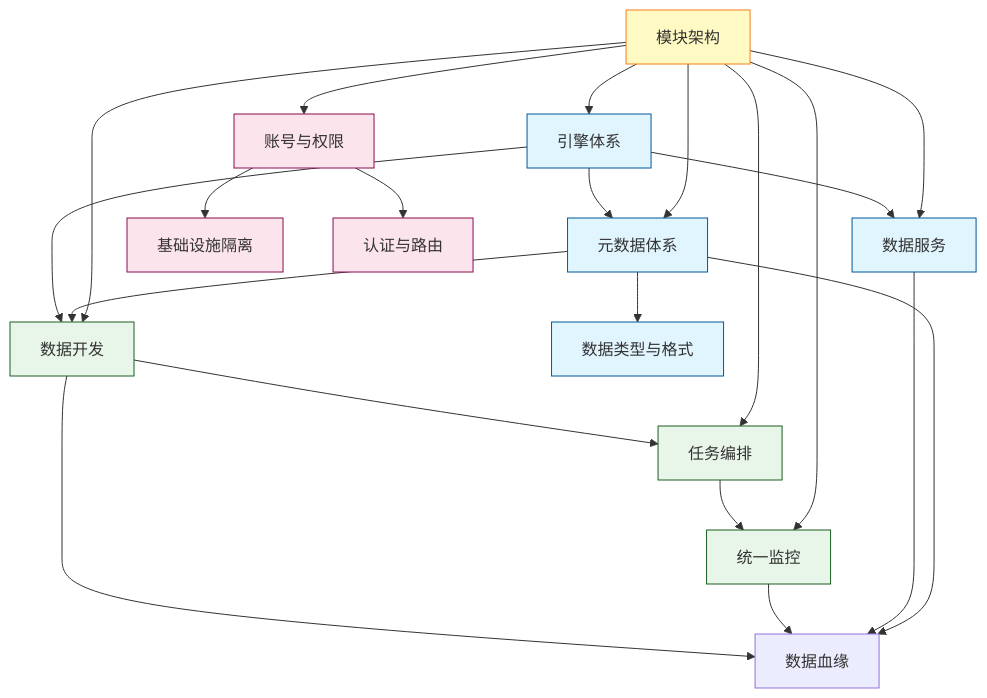
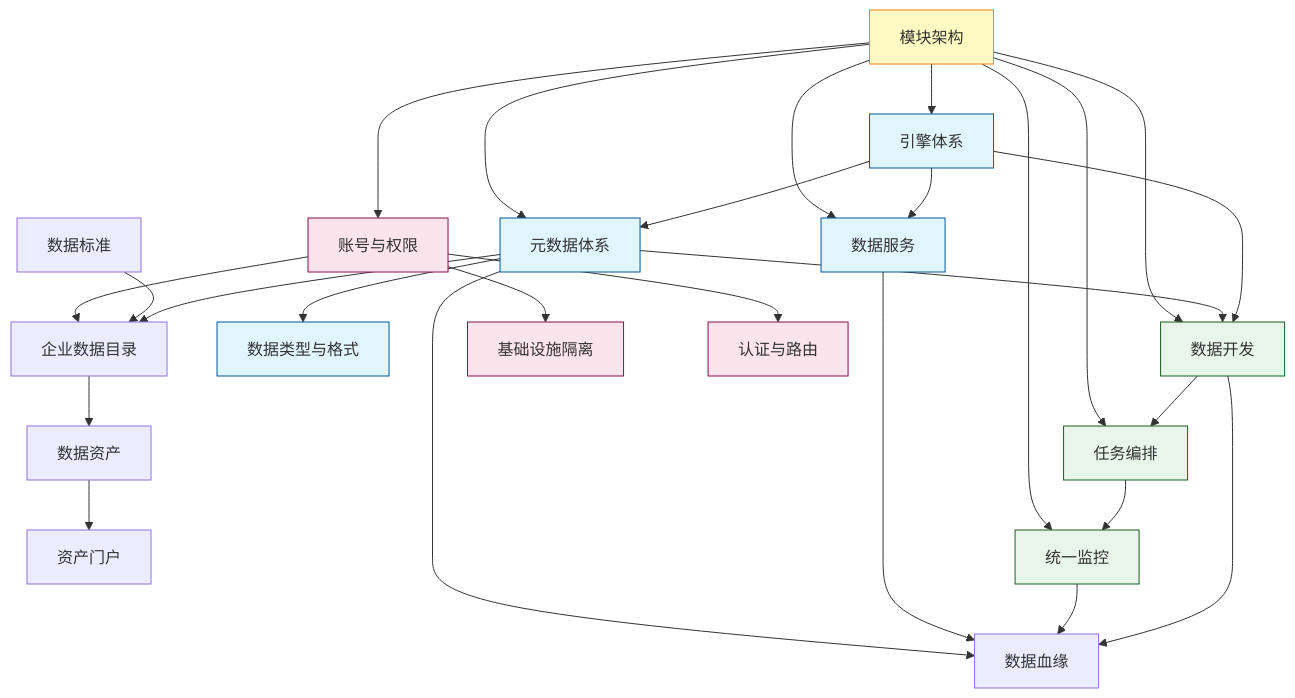
Before and after one commit to pampa0629/addp: the second of 2 diagrams in docs/concepts/addp核心概念关系图.md, drawn with Mermaid. The commit also changed other lines of this file and 1206 other files, not shown here.

````diff
--- a/docs/concepts/addp核心概念关系图.md
+++ b/docs/concepts/addp核心概念关系图.md
@@ -361,38 +384,43 @@
 ```mermaid
 graph TB
     引擎[引擎体系] --> 元数据[元数据体系]
     引擎 --> 开发[数据开发]
     引擎 --> 服务[数据服务]
 
     元数据 --> 类型[数据类型与格式]
     元数据 --> 开发
+    元数据 --> 目录[企业数据目录]
+    标准[数据标准] --> 目录
+    账号[账号与权限] --> 目录
+    目录 --> 资产[数据资产]
+    资产 --> 门户[资产门户]
 
     开发 --> 编排[任务编排]
     编排 --> 监控[统一监控]
     开发 --> 血缘[数据血缘]
     监控 --> 血缘
     服务 --> 血缘
     元数据 --> 血缘
 
-    账号[账号与权限] --> 隔离[基础设施隔离]
+    账号 --> 隔离[基础设施隔离]
     账号 --> 认证[认证与路由]
 
     模块[模块架构] --> 引擎
     模块 --> 账号
     模块 --> 元数据
     模块 --> 开发
     模块 --> 编排
     模块 --> 监控
     模块 --> 服务
 
     classDef architecture fill:#fff9c4,stroke:#f57f17
     classDef engine fill:#e1f5ff,stroke:#01579b
     classDef data fill:#e8f5e9,stroke:#1b5e20
     classDef auth fill:#fce4ec,stroke:#880e4f
     classDef dev fill:#f3e5f5,stroke:#4a148c
 
     class 模块 architecture
     class 引擎,元数据,类型,服务 engine
     class 开发,编排,监控 data
     class 账号,隔离,认证 auth
 ```
````
